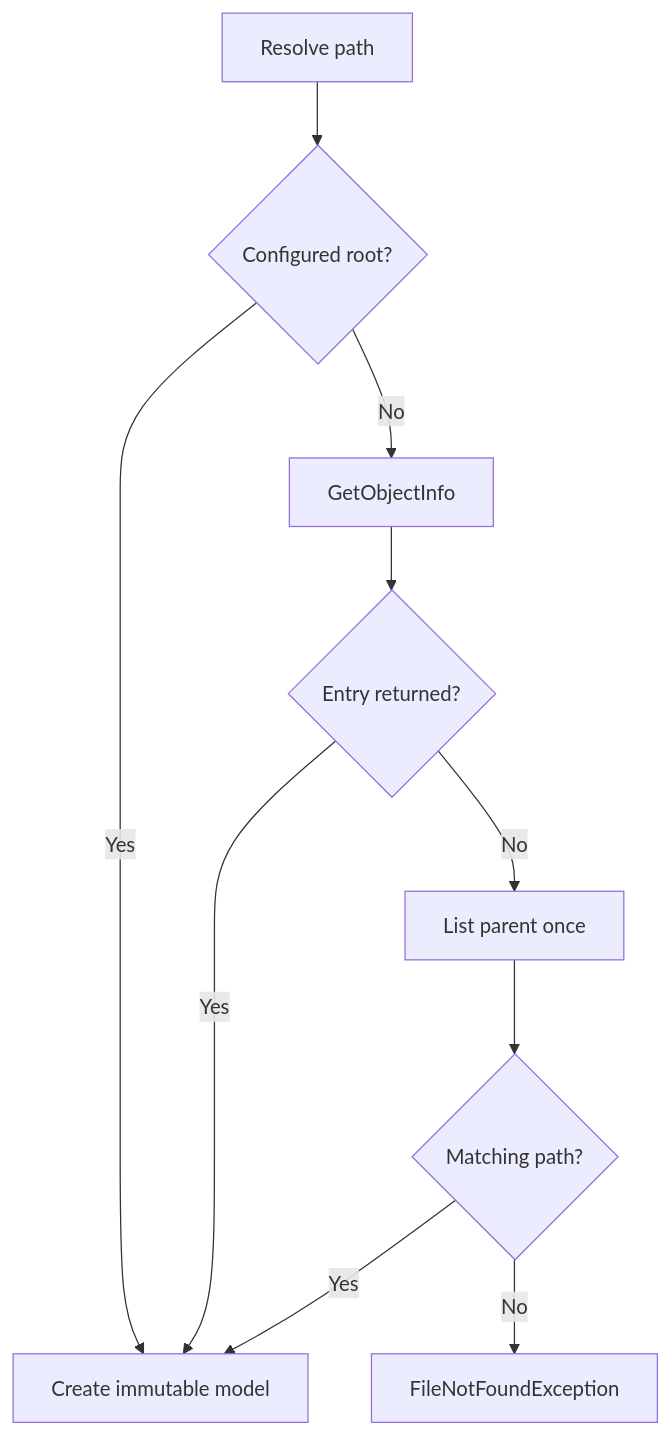
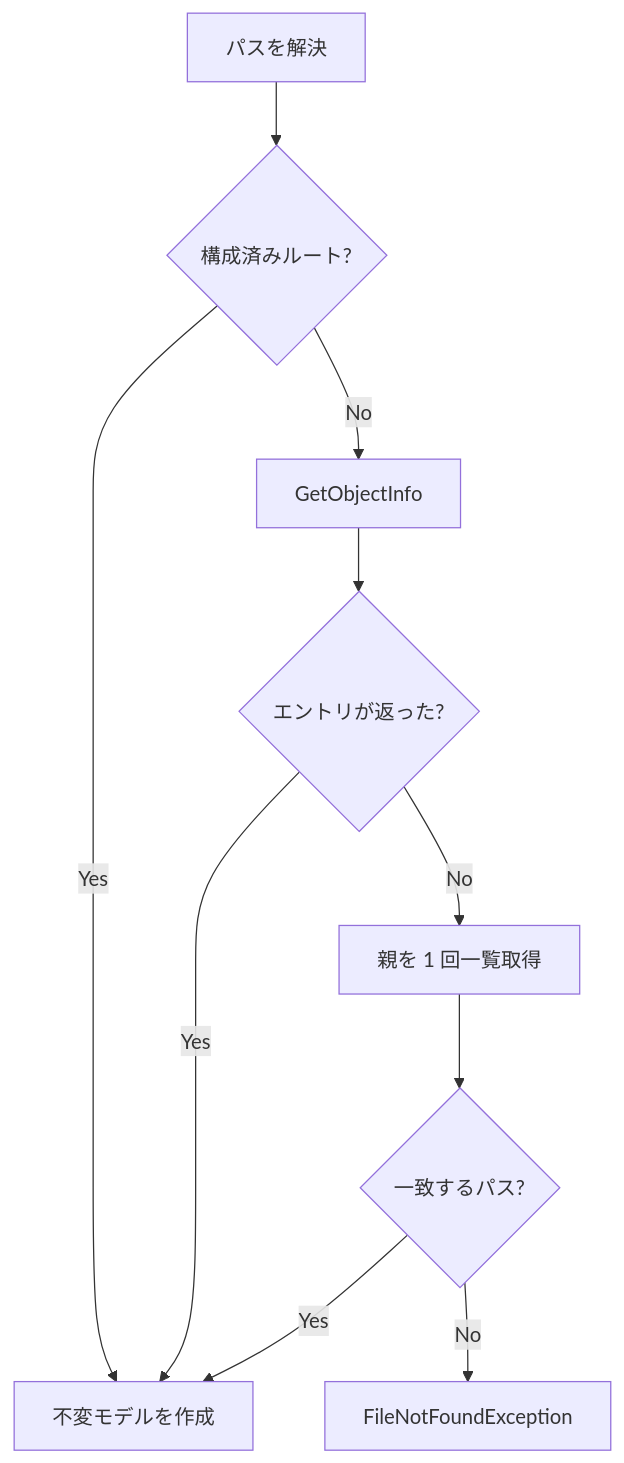
The third of 4 diagrams in docs/architecture/ftp-storage.md (0x5bfa/Files), drawn with Mermaid before and after one commit. The commit also changed other lines of this file and 18 other files, not shown here.

Commit message:
Translate architecture docs to Japanese

````diff
--- a/docs/architecture/ftp-storage.md
+++ b/docs/architecture/ftp-storage.md
@@ -104,21 +102,21 @@
 ```mermaid
 flowchart TD
-    Request["Resolve path"]
-    Root{"Configured root?"}
+    Request["パスを解決"]
+    Root{"構成済みルート?"}
     Info["GetObjectInfo"]
-    Found{"Entry returned?"}
-    Listing["List parent once"]
-    Match{"Matching path?"}
-    Materialize["Create immutable model"]
+    Found{"エントリが返った?"}
+    Listing["親を 1 回一覧取得"]
+    Match{"一致するパス?"}
+    Materialize["不変モデルを作成"]
     Missing["FileNotFoundException"]
 
     Request --> Root
     Root -- Yes --> Materialize
     Root -- No --> Info
     Info --> Found
     Found -- Yes --> Materialize
     Found -- No --> Listing
     Listing --> Match
     Match -- Yes --> Materialize
     Match -- No --> Missing
 ```
````
